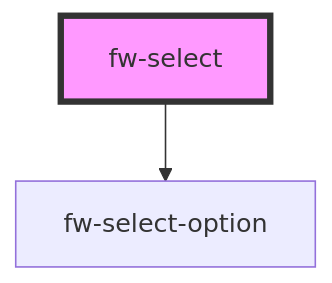
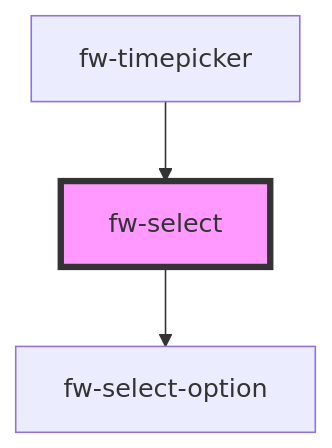
Before and after one commit to freshworks/crayons: the diagram in src/components/select/readme.md, drawn with Mermaid. The commit also changed other lines of this file and 7 other files, not shown here.

````diff
--- a/src/components/select/readme.md
+++ b/src/components/select/readme.md
@@ -85,5 +89,6 @@
 ```mermaid
 graph TD;
   fw-select --> fw-select-option
+  fw-timepicker --> fw-select
   style fw-select fill:#f9f,stroke:#333,stroke-width:4px
 ```
````
